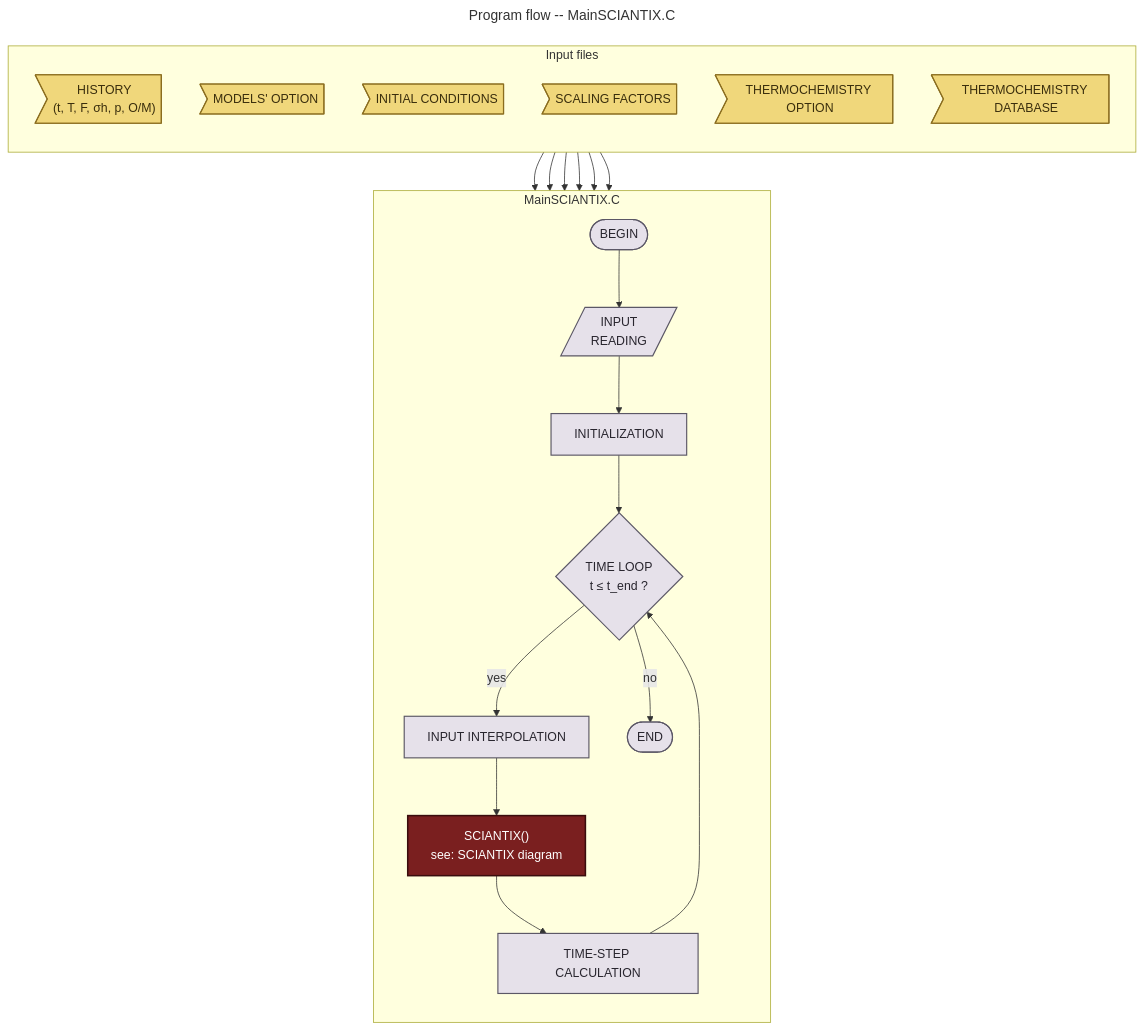
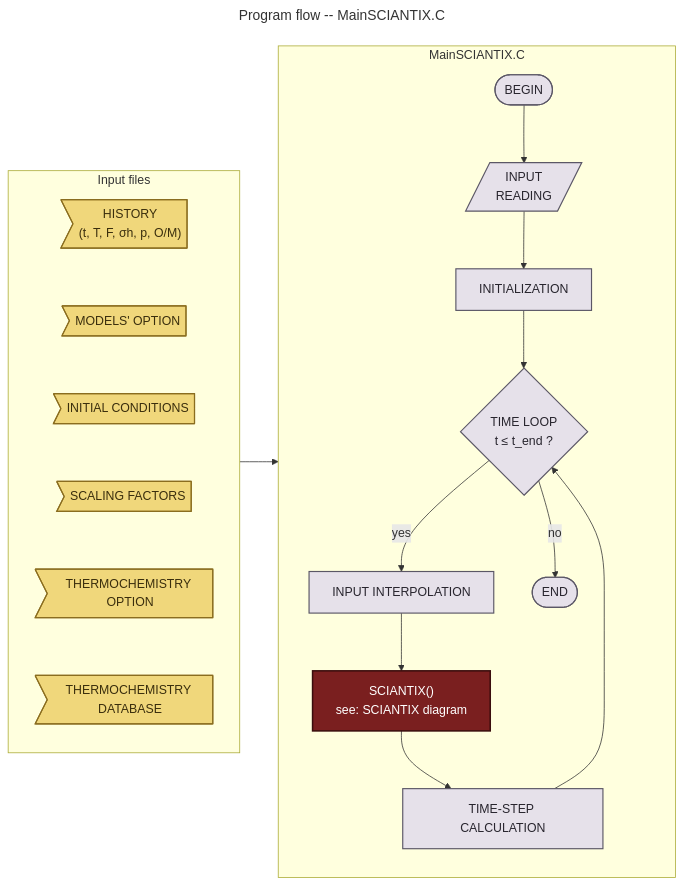
One commit to sciantix/sciantix-official changed the diagram in utilities/workflow/MainSCIANTIX.mmd. Above: the diagram before and after it, drawn with Mermaid. The commit also changed 157 other files, not shown here.

```diff
--- a/utilities/workflow/MainSCIANTIX.mmd
+++ b/utilities/workflow/MainSCIANTIX.mmd
@@ -1,50 +1,42 @@
 ---
 title: Program flow -- MainSCIANTIX.C
 ---
-flowchart TB
+flowchart LR
+
     subgraph INPUTS["Input files"]
         direction TB
         I_HIST>"HISTORY<br/>(t, T, F, σh, p, O/M)"]
         I_OPT>"MODELS' OPTION"]
         I_IC>"INITIAL CONDITIONS"]
         I_SF>"SCALING FACTORS"]
         I_TCOPT>"THERMOCHEMISTRY OPTION"]
         I_TCDB>"THERMOCHEMISTRY DATABASE"]
-        I_HIST  
-        I_OPT 
-        I_IC
-        I_SF
-        I_TCOPT
-        I_TCDB
+
+        I_HIST ~~~ I_OPT ~~~ I_IC ~~~ I_SF ~~~ I_TCOPT ~~~ I_TCDB
     end
-
+    
     subgraph MAIN["MainSCIANTIX.C"]
         direction TB
         M_BEGIN(["BEGIN"])
         M_INPUT[/"INPUT<br/>READING"/]
         M_INIT["INITIALIZATION"]
         M_LOOP{"TIME LOOP<br/>t ≤ t_end ?"}
         M_INTERP["INPUT INTERPOLATION"]
         M_CALL["SCIANTIX()<br/>see: SCIANTIX diagram"]
         M_STEP["TIME-STEP CALCULATION"]
         M_END(["END"])
 
         M_BEGIN --> M_INPUT --> M_INIT --> M_LOOP
         M_LOOP -- yes --> M_INTERP --> M_CALL --> M_STEP --> M_LOOP
         M_LOOP -- no --> M_END
     end
 
     I_HIST --> M_INPUT
-    I_OPT --> M_INPUT
-    I_IC --> M_INPUT
-    I_SF --> M_INPUT
-    I_TCOPT --> M_INPUT
-    I_TCDB --> M_INPUT
 
     classDef loopbox fill:#E6E1EA,stroke:#5b5766,stroke-width:1.5px,color:#28252e;
     classDef input fill:#F0D77B,stroke:#8a6d1f,stroke-width:1.5px,color:#3a2e0d;
     classDef highlight fill:#7A1F1F,stroke:#3a0d0d,stroke-width:2px,color:#ffffff;
 
     class M_BEGIN,M_END,M_INPUT,M_INIT,M_LOOP,M_INTERP,M_STEP loopbox;
     class M_CALL highlight;
     class I_HIST,I_OPT,I_IC,I_SF,I_TCOPT,I_TCDB input;
```
